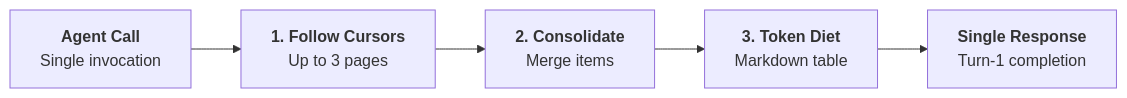
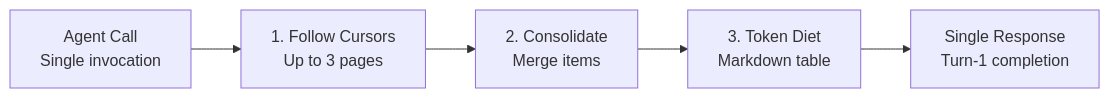
The diagram in packages/studio/content/docs/pagination/index.mdx (BraveRam/postmcp), drawn with Mermaid before and after one commit. The commit also changed 12 other files, not shown here.

Commit message:
docs(mermaid): fix edge statement grammar and scrub obsolete preset references across documentation

````diff
--- a/packages/studio/content/docs/pagination/index.mdx
+++ b/packages/studio/content/docs/pagination/index.mdx
@@ -29,8 +29,7 @@
 ```mermaid
 flowchart LR
-  Agent["<b>Agent Call</b><br/>Single invocation"]
-  --> Page["<b>1. Follow Cursors</b><br/>Up to 3 pages"]
-  --> Merge["<b>2. Consolidate</b><br/>Merge items"]
-  --> Diet["<b>3. Token Diet</b><br/>Markdown table"]
-  --> Result["<b>Single Response</b><br/>Turn-1 completion"]
+  Agent["Agent Call<br/>Single invocation"] --> Page["1. Follow Cursors<br/>Up to 3 pages"]
+  Page --> Merge["2. Consolidate<br/>Merge items"]
+  Merge --> Diet["3. Token Diet<br/>Markdown table"]
+  Diet --> Result["Single Response<br/>Turn-1 completion"]
 ```
````
